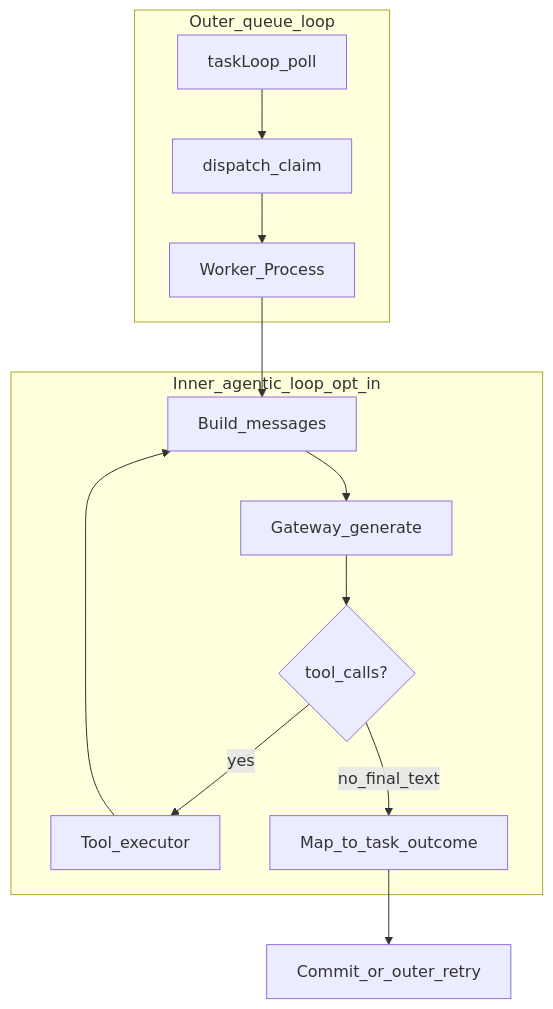
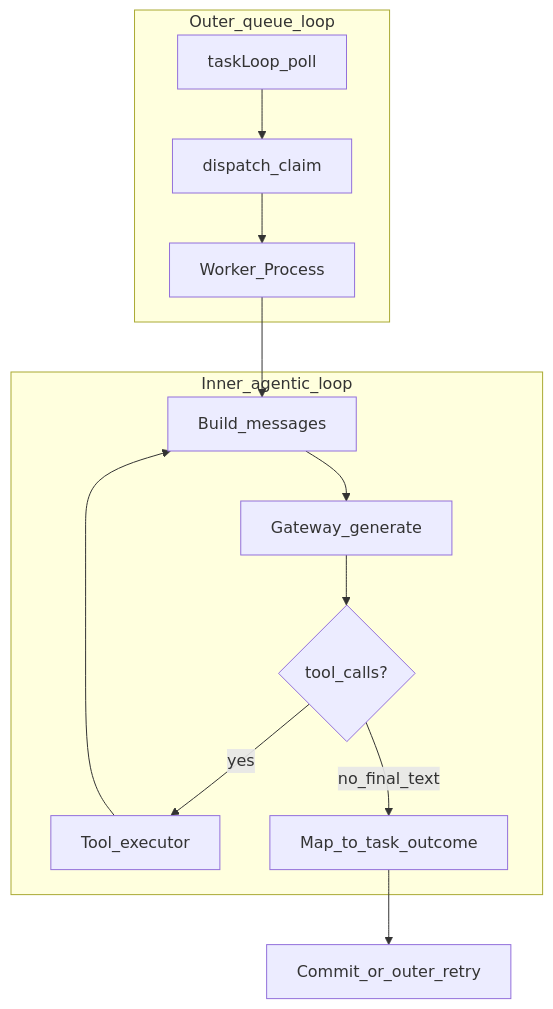
Before and after one commit to Israel-Laguan/agentd: the diagram in docs/agentic-harness.md, drawn with Mermaid. The commit also changed other lines of this file and 8 other files, not shown here.

````diff
--- a/docs/agentic-harness.md
+++ b/docs/agentic-harness.md
@@ -20,20 +20,20 @@
 ```mermaid
 flowchart TB
   subgraph outer [Outer_queue_loop]
     TL[taskLoop_poll]
     DP[dispatch_claim]
     WP[Worker_Process]
     TL --> DP --> WP
   end
-  subgraph inner [Inner_agentic_loop_opt_in]
+  subgraph inner [Inner_agentic_loop]
     M0[Build_messages]
     LLM[Gateway_generate]
     Br{tool_calls?}
     Ex[Tool_executor]
     M0 --> LLM --> Br
     Br -->|yes| Ex --> M0
     Br -->|no_final_text| Done[Map_to_task_outcome]
   end
   WP --> M0
   Done --> Commit[Commit_or_outer_retry]
 ```
````
